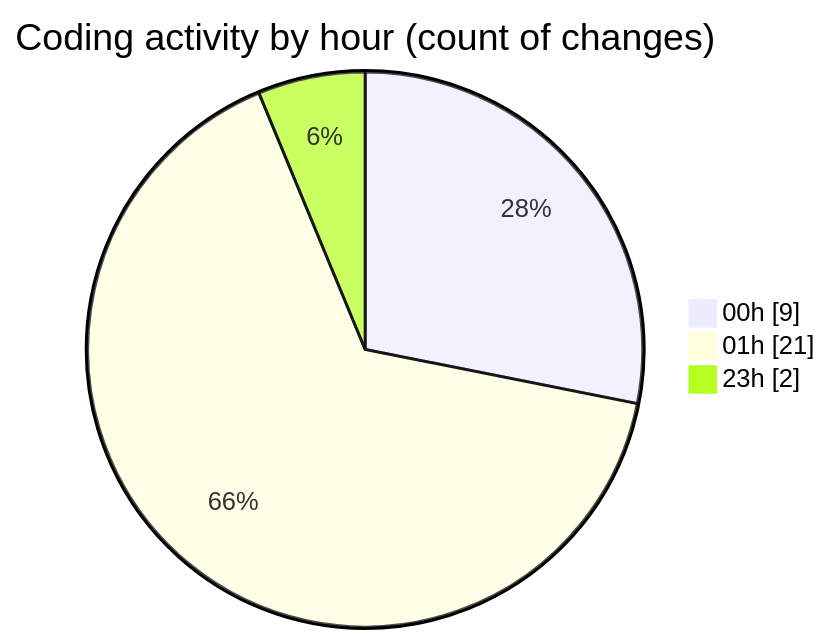
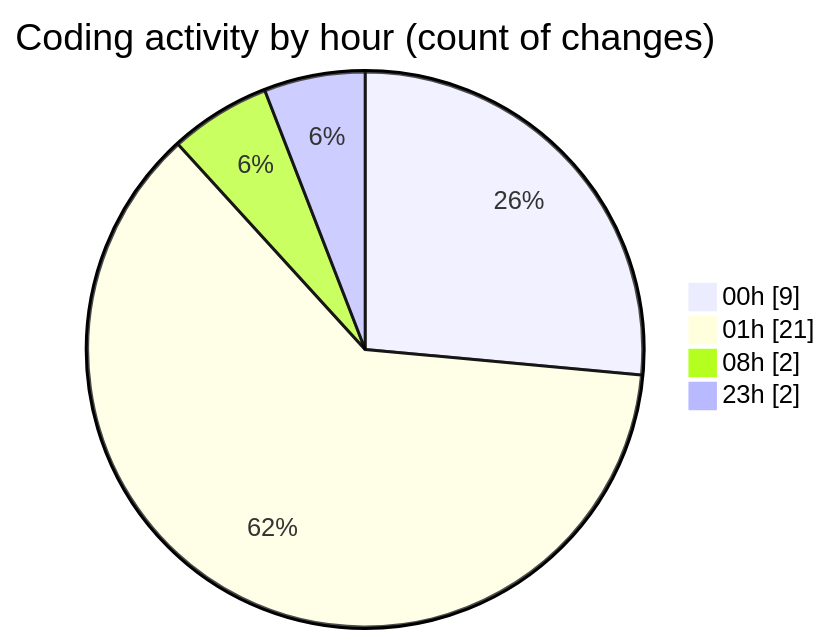
The second of 2 diagrams in 2025-01-31/react/README.md (Elitesun/code-tracking), drawn with Mermaid before and after one commit. The commit also changed other lines of this file and 1 other file, not shown here.

````diff
--- a/2025-01-31/react/README.md
+++ b/2025-01-31/react/README.md
@@ -32,7 +33,8 @@
 ```mermaid
 pie showData
 title Coding activity by hour (count of changes)
 "00h" : 9
 "01h" : 21
+"08h" : 2
 "23h" : 2
 ```
````
